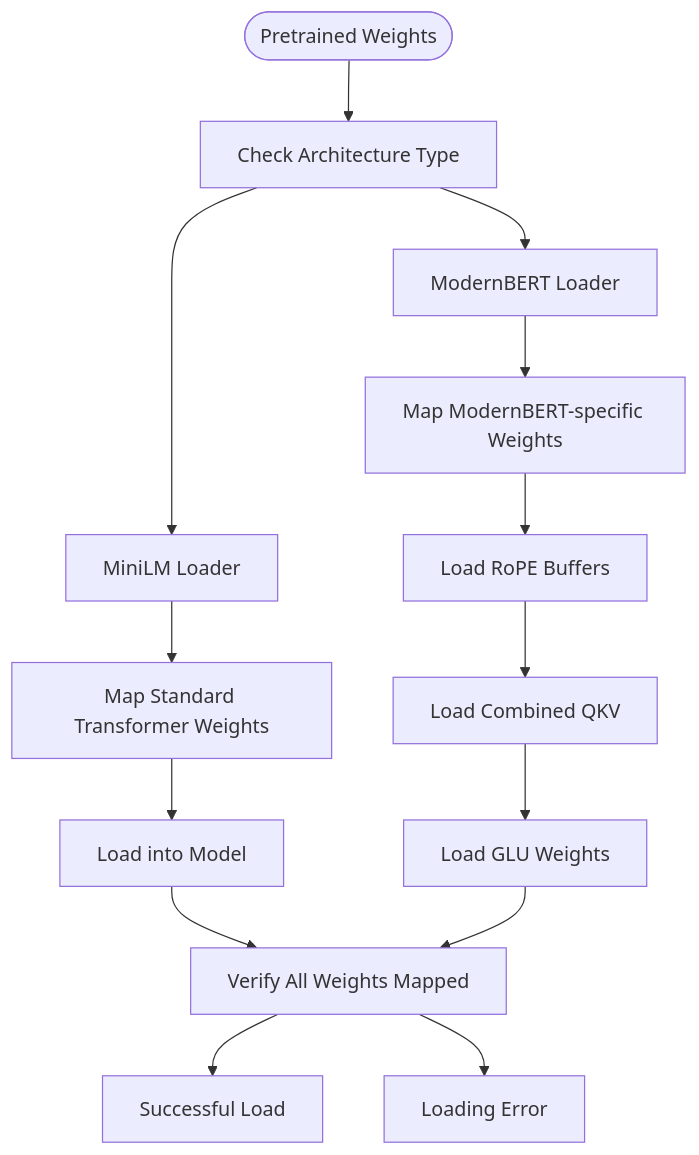
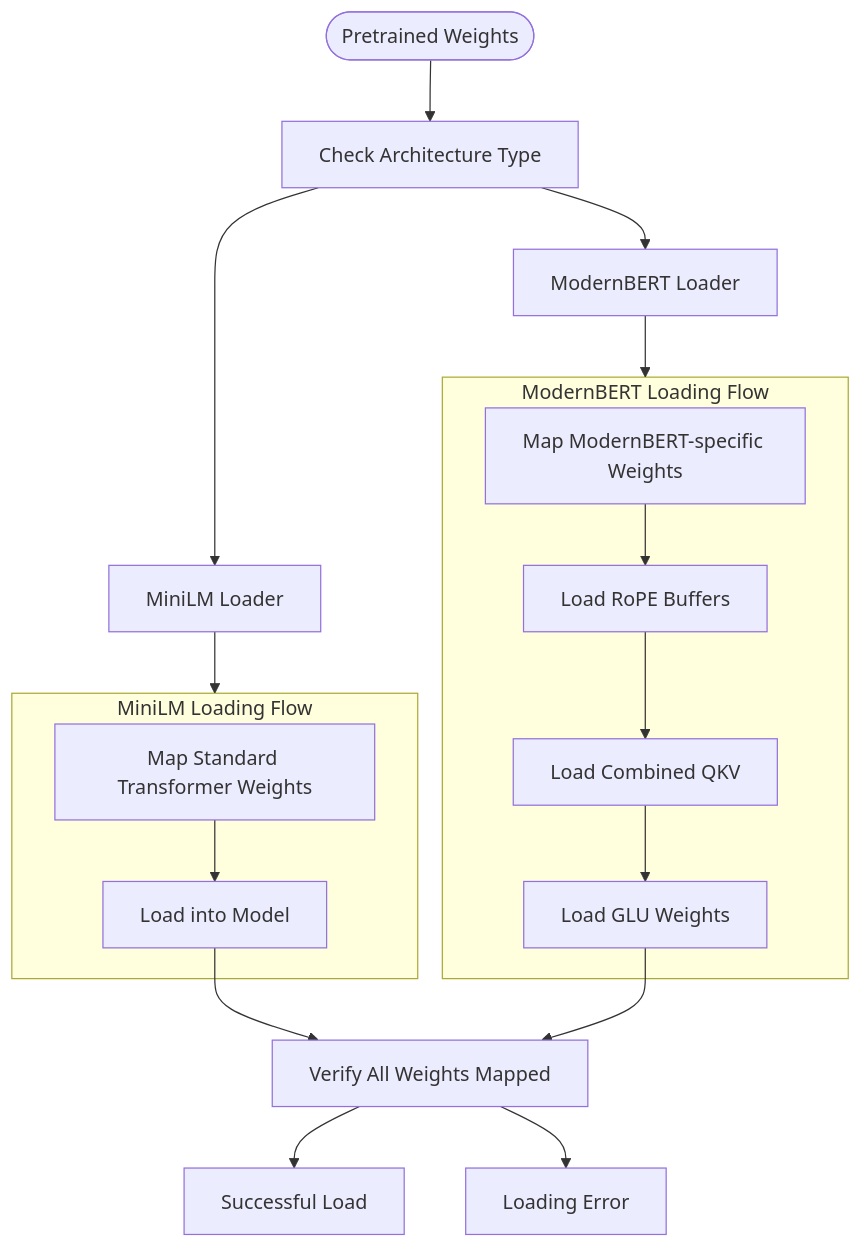
One commit to tmnestor/myLLM_scratch changed the third of 3 diagrams in README.md. Above: the diagram before and after it, drawn with Mermaid. The commit also changed other lines of this file, not shown here.

First line of the commit message:
📊 Improve mermaid diagram layouts for better visualization

````diff
--- a/README.md
+++ b/README.md
@@ -290,20 +308,27 @@
 ```mermaid
-graph TD
+graph TB
     PretrainedWeights([Pretrained Weights]) --> CheckArch[Check Architecture Type]
+    
     CheckArch --> MiniLMPath[MiniLM Loader]
     CheckArch --> ModernBERTPath[ModernBERT Loader]
     
-    MiniLMPath --> MapMiniLMWeights[Map Standard Transformer Weights]
-    ModernBERTPath --> MapModernBERTWeights[Map ModernBERT-specific Weights]
+    subgraph MiniLMLoading["MiniLM Loading Flow"]
+        MapMiniLMWeights[Map Standard Transformer Weights] --> LoadMiniLMWeights[Load into Model]
+    end
     
-    MapMiniLMWeights --> LoadMiniLMWeights[Load into Model]
-    MapModernBERTWeights --> LoadRoPEBuffers[Load RoPE Buffers]
-    LoadRoPEBuffers --> LoadQKVWeights[Load Combined QKV]
-    LoadQKVWeights --> LoadGLUWeights[Load GLU Weights]
+    MiniLMPath --> MiniLMLoading
+    
+    subgraph ModernBERTLoading["ModernBERT Loading Flow"]
+        MapModernBERTWeights[Map ModernBERT-specific Weights] --> LoadRoPEBuffers[Load RoPE Buffers]
+        LoadRoPEBuffers --> LoadQKVWeights[Load Combined QKV]
+        LoadQKVWeights --> LoadGLUWeights[Load GLU Weights]
+    end
+    
+    ModernBERTPath --> ModernBERTLoading
     
     LoadMiniLMWeights --> VerifyMapping[Verify All Weights Mapped]
     LoadGLUWeights --> VerifyMapping
     
     VerifyMapping --> Success[Successful Load]
     VerifyMapping --> Error[Loading Error]
 ```
````
